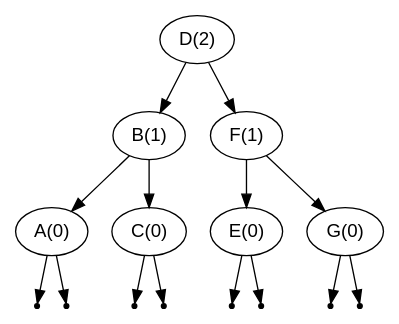
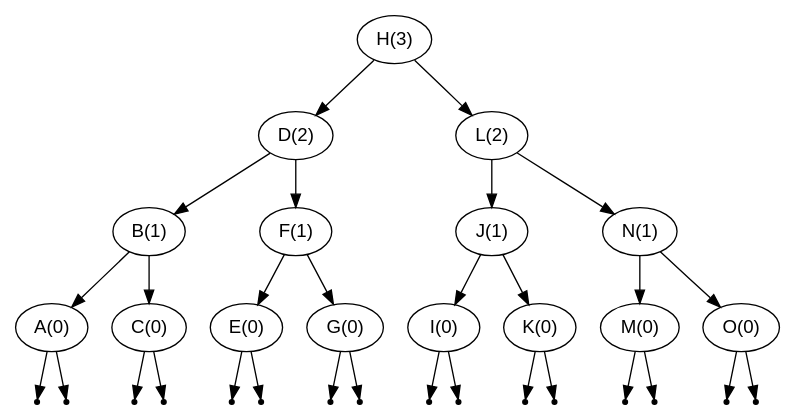
One commit to jeffknerr/avlbst changed the diagram in bst.dot. Above: the diagram before and after it, drawn with Graphviz. The commit also changed 7 other files, not shown here.

Commit message:
added graphs to readme, cleaned up examples, long lines

```diff
--- a/bst.dot
+++ b/bst.dot
@@ -1,25 +1,49 @@
 digraph BST {
    node [fontname="Arial"];
+   "H(3)" -> "D(2)" ;
    "D(2)" -> "B(1)" ;
    "B(1)" -> "A(0)" ;
    null1 [shape=point];
    "A(0)" -> null1;
    null2 [shape=point];
    "A(0)" -> null2;
    "B(1)" -> "C(0)" ;
    null3 [shape=point];
    "C(0)" -> null3;
    null4 [shape=point];
    "C(0)" -> null4;
    "D(2)" -> "F(1)" ;
    "F(1)" -> "E(0)" ;
    null5 [shape=point];
    "E(0)" -> null5;
    null6 [shape=point];
    "E(0)" -> null6;
    "F(1)" -> "G(0)" ;
    null7 [shape=point];
    "G(0)" -> null7;
    null8 [shape=point];
    "G(0)" -> null8;
+   "H(3)" -> "L(2)" ;
+   "L(2)" -> "J(1)" ;
+   "J(1)" -> "I(0)" ;
+   null9 [shape=point];
+   "I(0)" -> null9;
+   null10 [shape=point];
+   "I(0)" -> null10;
+   "J(1)" -> "K(0)" ;
+   null11 [shape=point];
+   "K(0)" -> null11;
+   null12 [shape=point];
+   "K(0)" -> null12;
+   "L(2)" -> "N(1)" ;
+   "N(1)" -> "M(0)" ;
+   null13 [shape=point];
+   "M(0)" -> null13;
+   null14 [shape=point];
+   "M(0)" -> null14;
+   "N(1)" -> "O(0)" ;
+   null15 [shape=point];
+   "O(0)" -> null15;
+   null16 [shape=point];
+   "O(0)" -> null16;
 }
```
